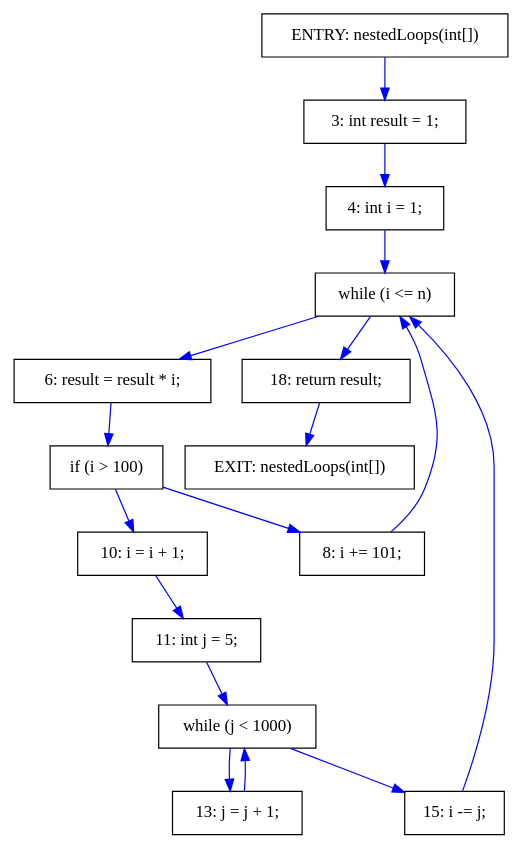
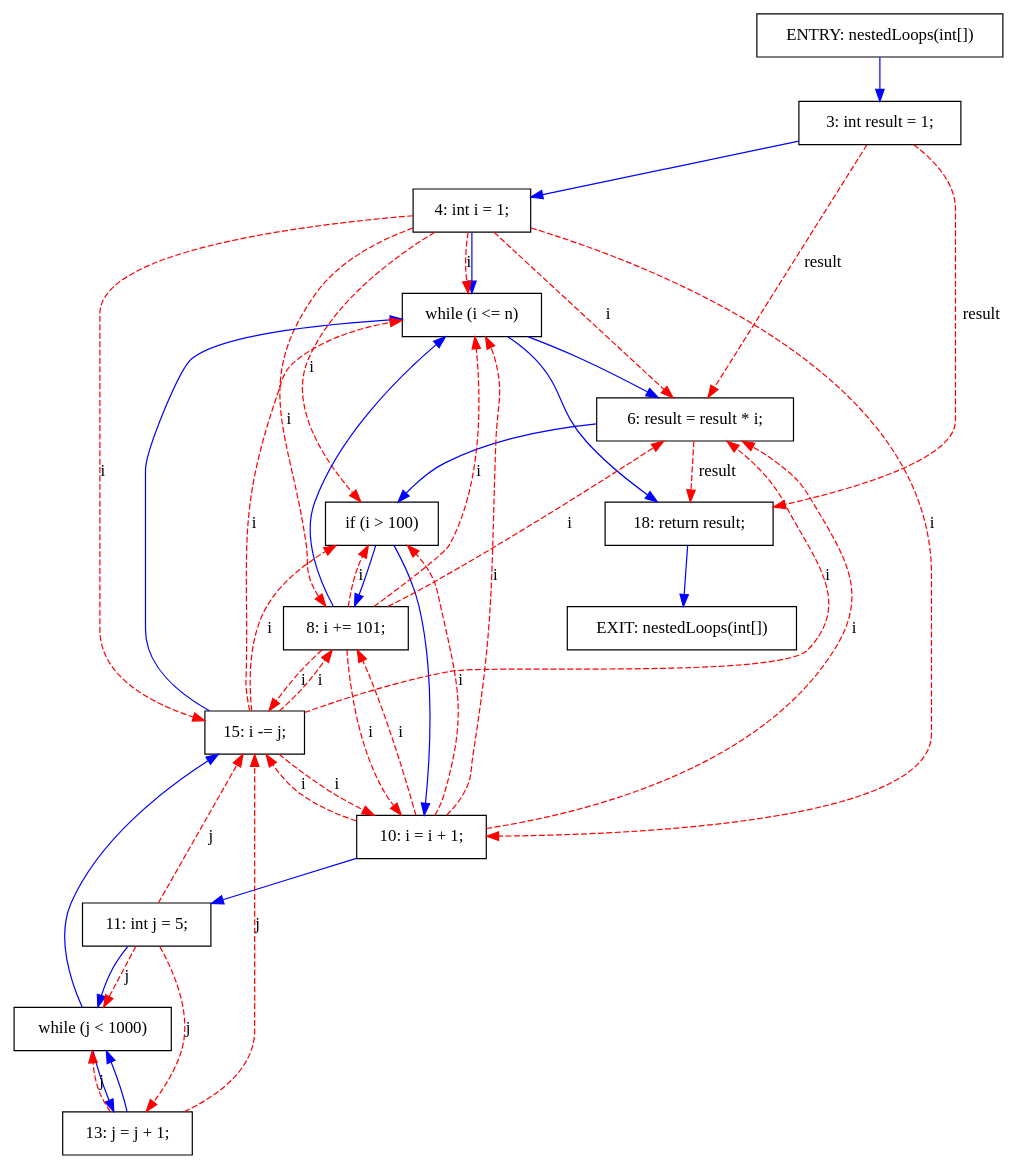
One commit to khaser/java-pdg changed the diagram in results/NestedLoops.dot. Above: the diagram before and after it, drawn with Graphviz. The commit also changed 19 other files, not shown here.

```diff
--- a/results/NestedLoops.dot
+++ b/results/NestedLoops.dot
@@ -1,36 +1,65 @@
 digraph PDG {
   rankdir=TB;
   node [shape=box];
 
   node0 [label="ENTRY: nestedLoops(int[])"];
   node1 [label="EXIT: nestedLoops(int[])"];
   node2 [label="3: int result = 1;"];
   node3 [label="4: int i = 1;"];
   node4 [label="while (i <= n)"];
   node5 [label="6: result = result * i;"];
   node6 [label="if (i > 100)"];
   node7 [label="8: i += 101;"];
   node8 [label="10: i = i + 1;"];
   node9 [label="11: int j = 5;"];
   node10 [label="while (j < 1000)"];
   node11 [label="13: j = j + 1;"];
   node12 [label="15: i -= j;"];
   node13 [label="18: return result;"];
 
   node6 -> node7 [label="", color=blue];
   node10 -> node11 [label="", color=blue];
   node6 -> node8 [label="", color=blue];
   node4 -> node5 [label="", color=blue];
   node0 -> node2 [label="", color=blue];
   node2 -> node3 [label="", color=blue];
   node3 -> node4 [label="", color=blue];
   node4 -> node13 [label="", color=blue];
   node5 -> node6 [label="", color=blue];
   node7 -> node4 [label="", color=blue];
   node8 -> node9 [label="", color=blue];
   node9 -> node10 [label="", color=blue];
   node10 -> node12 [label="", color=blue];
   node11 -> node10 [label="", color=blue];
   node12 -> node4 [label="", color=blue];
   node13 -> node1 [label="", color=blue];
+  node2 -> node5 [label="result", color=red, style=dashed];
+  node2 -> node13 [label="result", color=red, style=dashed];
+  node5 -> node13 [label="result", color=red, style=dashed];
+  node3 -> node4 [label="i", color=red, style=dashed];
+  node3 -> node5 [label="i", color=red, style=dashed];
+  node3 -> node6 [label="i", color=red, style=dashed];
+  node3 -> node7 [label="i", color=red, style=dashed];
+  node3 -> node8 [label="i", color=red, style=dashed];
+  node3 -> node12 [label="i", color=red, style=dashed];
+  node7 -> node4 [label="i", color=red, style=dashed];
+  node7 -> node5 [label="i", color=red, style=dashed];
+  node7 -> node6 [label="i", color=red, style=dashed];
+  node7 -> node8 [label="i", color=red, style=dashed];
+  node7 -> node12 [label="i", color=red, style=dashed];
+  node8 -> node4 [label="i", color=red, style=dashed];
+  node8 -> node5 [label="i", color=red, style=dashed];
+  node8 -> node6 [label="i", color=red, style=dashed];
+  node8 -> node7 [label="i", color=red, style=dashed];
+  node8 -> node12 [label="i", color=red, style=dashed];
+  node12 -> node4 [label="i", color=red, style=dashed];
+  node12 -> node5 [label="i", color=red, style=dashed];
+  node12 -> node6 [label="i", color=red, style=dashed];
+  node12 -> node7 [label="i", color=red, style=dashed];
+  node12 -> node8 [label="i", color=red, style=dashed];
+  node9 -> node10 [label="j", color=red, style=dashed];
+  node9 -> node11 [label="j", color=red, style=dashed];
+  node9 -> node12 [label="j", color=red, style=dashed];
+  node11 -> node10 [label="j", color=red, style=dashed];
+  node11 -> node12 [label="j", color=red, style=dashed];
 }
```
